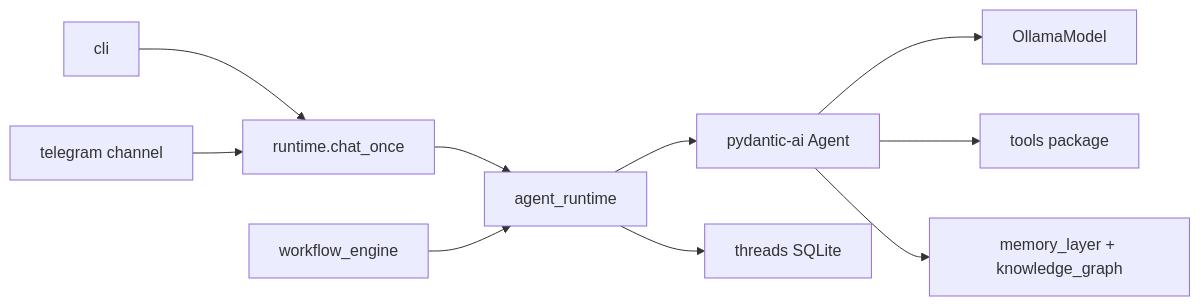
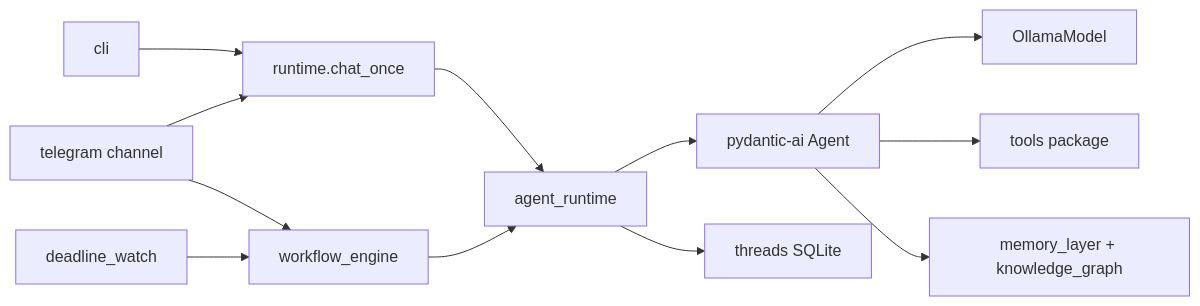
The diagram in docs/ARCHITECTURE.md (yegormar/best-buddy-agent), drawn with Mermaid before and after one commit. The commit also changed other lines of this file and 16 other files, not shown here.

````diff
--- a/docs/ARCHITECTURE.md
+++ b/docs/ARCHITECTURE.md
@@ -5,20 +7,23 @@
 ```mermaid
 flowchart LR
   CLI[cli]
   TG[telegram channel]
   RT[runtime.chat_once]
   AR[agent_runtime]
   PA[pydantic-ai Agent]
   OLL[OllamaModel]
   TOOLS[tools package]
   MEM[memory_layer + knowledge_graph]
   TH[threads SQLite]
   WF[workflow_engine]
+  DW[deadline_watch]
   CLI --> RT
   TG --> RT
   RT --> AR --> PA --> OLL
   PA --> TOOLS
   PA --> MEM
   AR --> TH
   WF --> AR
+  DW --> WF
+  TG --> WF
 ```
````
